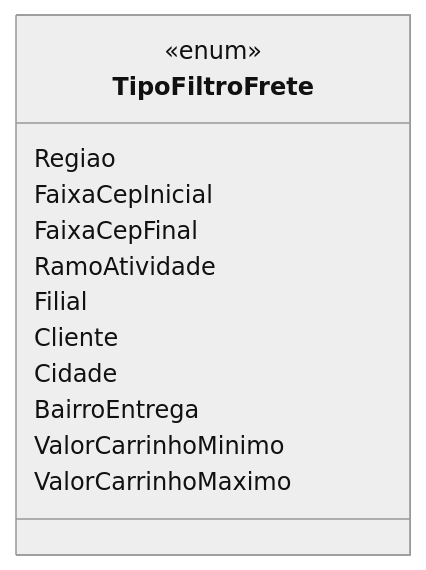
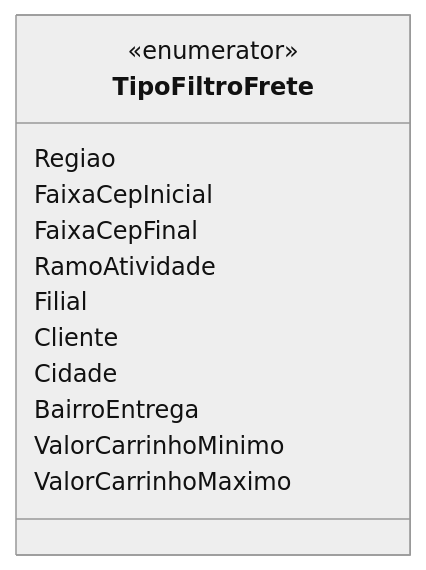
Before and after one commit to IsthmusSistemas/documentacao-tecnica: the diagram in docs/b2b-dominio/IsthmusWinthor.Nucleo/IsthmusWinthor.Dominio/Enumeradores/TipoFiltroFrete.md, drawn with Mermaid (neutral theme). The commit also changed other lines of this file and 882 other files, not shown here.

````diff
--- a/docs/b2b-dominio/IsthmusWinthor.Nucleo/IsthmusWinthor.Dominio/Enumeradores/TipoFiltroFrete.md
+++ b/docs/b2b-dominio/IsthmusWinthor.Nucleo/IsthmusWinthor.Dominio/Enumeradores/TipoFiltroFrete.md
@@ -13,16 +12,16 @@
 ```mermaid
 classDiagram
     class TipoFiltroFrete {
-        <<enum>>
+        <<enumerator>>
         Regiao
         FaixaCepInicial
         FaixaCepFinal
         RamoAtividade
         Filial
         Cliente
         Cidade
         BairroEntrega
         ValorCarrinhoMinimo
         ValorCarrinhoMaximo
     }
-```
+``` 
````
